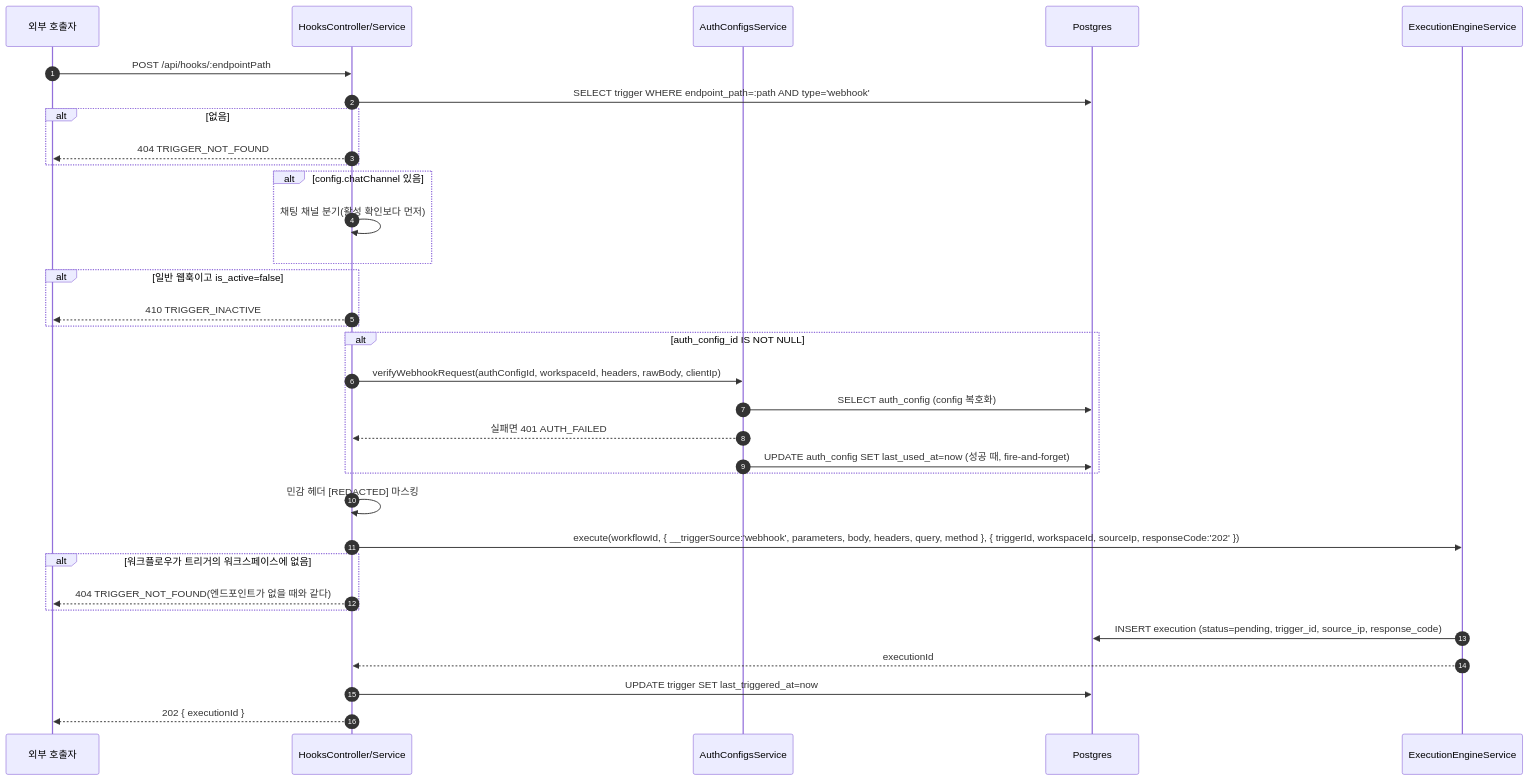
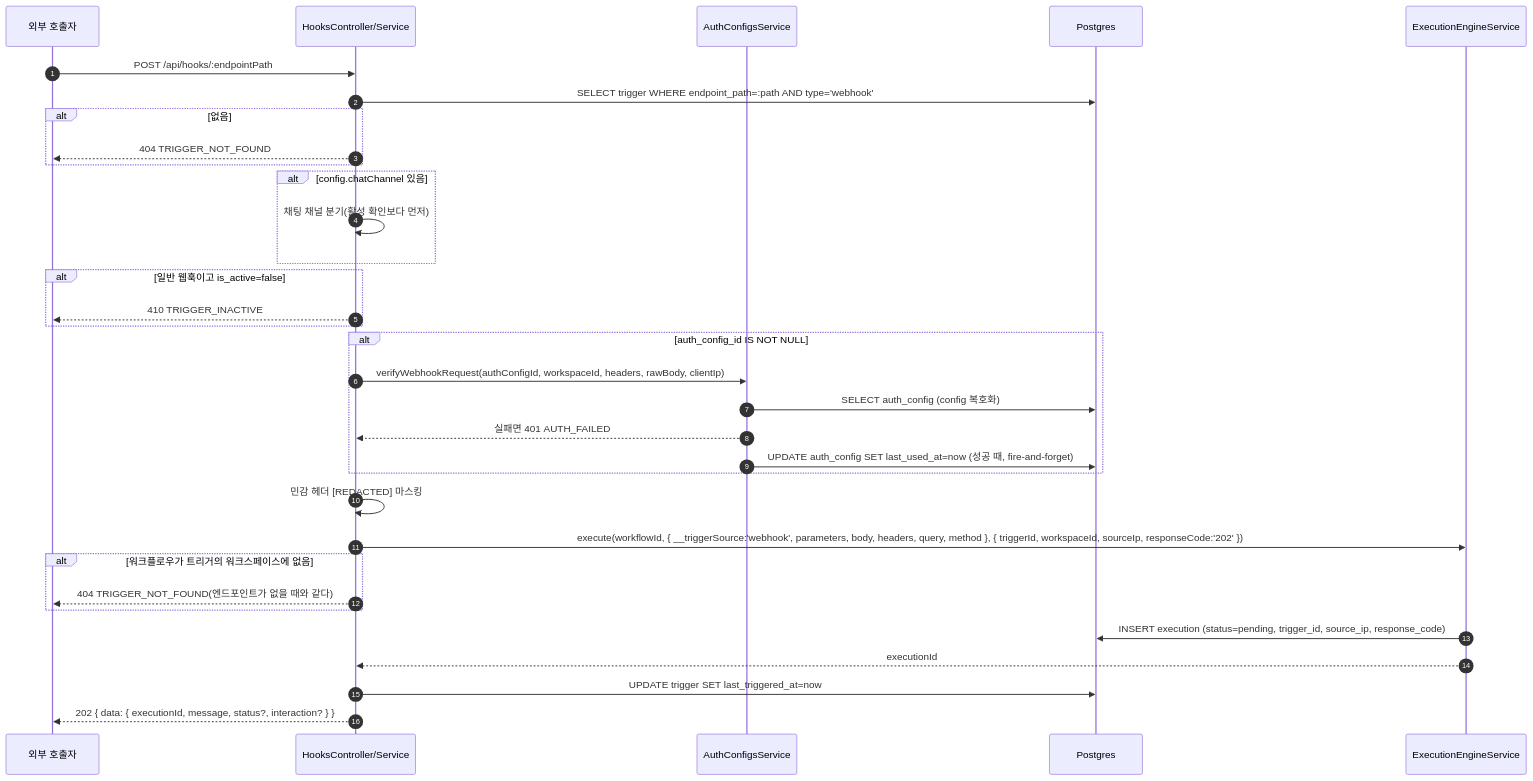
The third of 6 diagrams in spec/CLE-TRIG/CLE-TRIG-DATA.md (worker-ants/clemvion), drawn with Mermaid before and after one commit. The commit also changed other lines of this file and 56 other files, not shown here.

````diff
--- a/spec/CLE-TRIG/CLE-TRIG-DATA.md
+++ b/spec/CLE-TRIG/CLE-TRIG-DATA.md
@@ -234,35 +240,35 @@
 ```mermaid
 sequenceDiagram
     autonumber
     participant Ext as 외부 호출자
     participant Hk as HooksController/Service
     participant AC as AuthConfigsService
     participant PG as Postgres
     participant Eng as ExecutionEngineService
     Ext->>Hk: POST /api/hooks/:endpointPath
     Hk->>PG: SELECT trigger WHERE endpoint_path=:path AND type='webhook'
     alt 없음
         Hk-->>Ext: 404 TRIGGER_NOT_FOUND
     end
     alt config.chatChannel 있음
         Hk->>Hk: 채팅 채널 분기(활성 확인보다 먼저)
     end
     alt 일반 웹훅이고 is_active=false
         Hk-->>Ext: 410 TRIGGER_INACTIVE
     end
     alt auth_config_id IS NOT NULL
         Hk->>AC: verifyWebhookRequest(authConfigId, workspaceId, headers, rawBody, clientIp)
         AC->>PG: SELECT auth_config (config 복호화)
         AC-->>Hk: 실패면 401 AUTH_FAILED
         AC->>PG: UPDATE auth_config SET last_used_at=now (성공 때, fire-and-forget)
     end
     Hk->>Hk: 민감 헤더 [REDACTED] 마스킹
     Hk->>Eng: execute(workflowId, { __triggerSource:'webhook', parameters, body, headers, query, method }, { triggerId, workspaceId, sourceIp, responseCode:'202' })
     alt 워크플로우가 트리거의 워크스페이스에 없음
         Hk-->>Ext: 404 TRIGGER_NOT_FOUND(엔드포인트가 없을 때와 같다)
     end
     Eng->>PG: INSERT execution (status=pending, trigger_id, source_ip, response_code)
     Eng-->>Hk: executionId
     Hk->>PG: UPDATE trigger SET last_triggered_at=now
-    Hk-->>Ext: 202 { executionId }
+    Hk-->>Ext: 202 { data: { executionId, message, status?, interaction? } }
 ```
````
